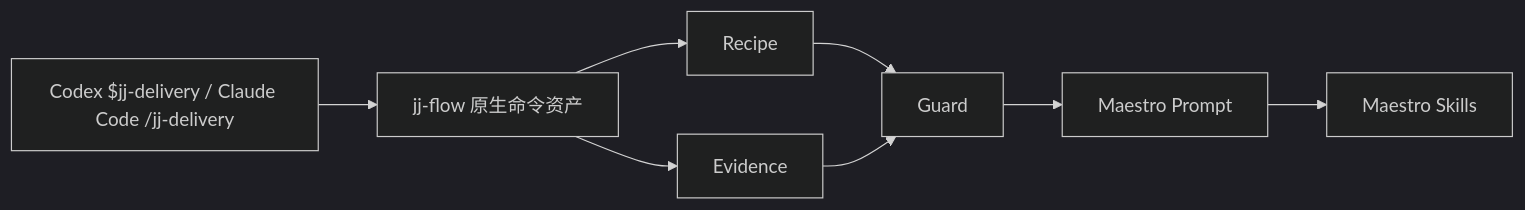
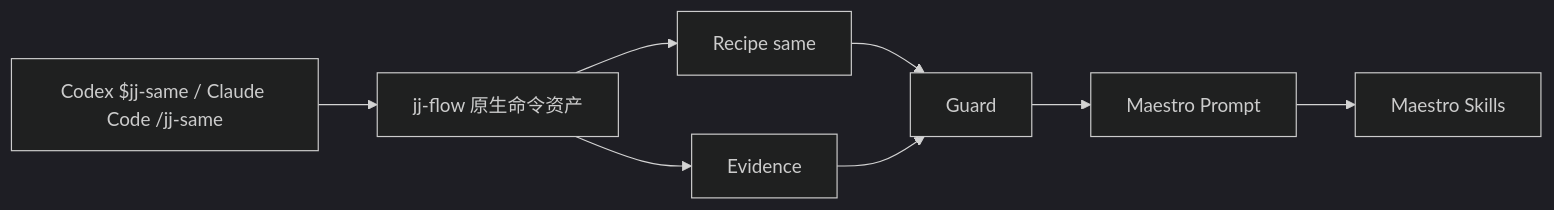
One commit to beerui/jj-flow changed the first of 2 diagrams in docs/architecture.md. Above: the diagram before and after it, drawn with Mermaid (dark theme). The commit also changed other lines of this file and 46 other files, not shown here.

````diff
--- a/docs/architecture.md
+++ b/docs/architecture.md
@@ -9,10 +9,10 @@
 ```mermaid
 flowchart LR
-  A[Codex $jj-delivery / Claude Code /jj-delivery] --> B[jj-flow 原生命令资产]
-  B --> C[Recipe]
+  A[Codex $jj-same / Claude Code /jj-same] --> B[jj-flow 原生命令资产]
+  B --> C[Recipe same]
   B --> D[Evidence]
   C --> E[Guard]
   D --> E
   E --> F[Maestro Prompt]
   F --> G[Maestro Skills]
 ```
````
